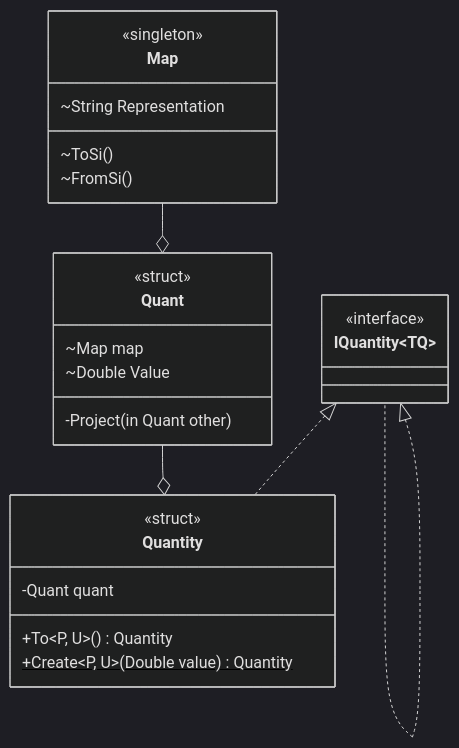
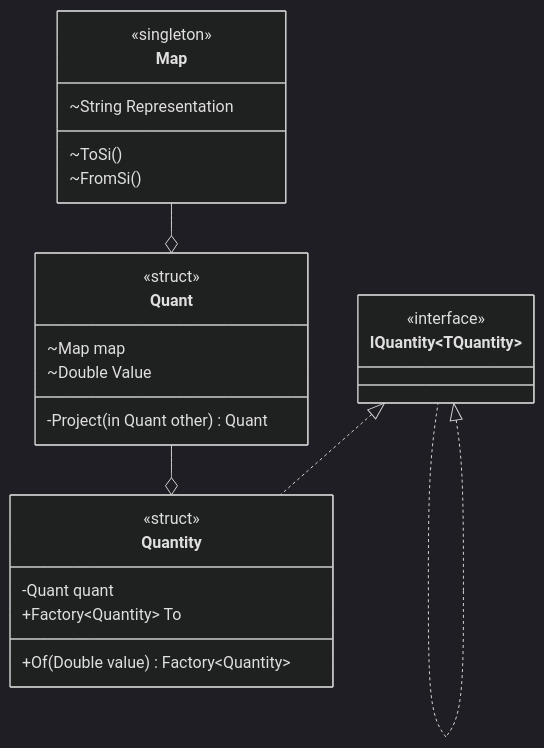
One commit to atmoos/Quantities changed the second of 2 diagrams in design/Design.md. Above: the diagram before and after it, drawn with Mermaid (dark theme). The commit also changed other lines of this file and 1 other file, not shown here.

````diff
--- a/design/Design.md
+++ b/design/Design.md
@@ -107,28 +120,28 @@
 ```mermaid
 classDiagram
-    IQuantity~TQ~ <|.. Quantity
-    IQuantity~TQ~ <|.. IQuantity~TQ~
-    Quant --o Quantity
-    Map --o Quant
-    class IQuantity~TQ~{
+    class IQuantity~TQuantity~{
         <<interface>>
     }
     class Quantity{
         <<struct>>
         -Quant quant
-        +To#lt;P, U#gt;() Quantity
-        +Create#lt;P, U#gt;(Double value)$ Quantity
+        +Factory~Quantity~ To
+        +Of(Double value) Factory~Quantity~
     }
     class Quant{
         <<struct>>
         ~Map map
         ~Double Value
-        -Project(in Quant other)
+        -Project(in Quant other) Quant
     }
     class Map{
         <<singleton>>
         ~String Representation
         ~ToSi()
         ~FromSi()
     }
+    IQuantity <|.. Quantity
+    IQuantity <|.. IQuantity
+    Quant --o Quantity
+    Map --o Quant
 ```
````
